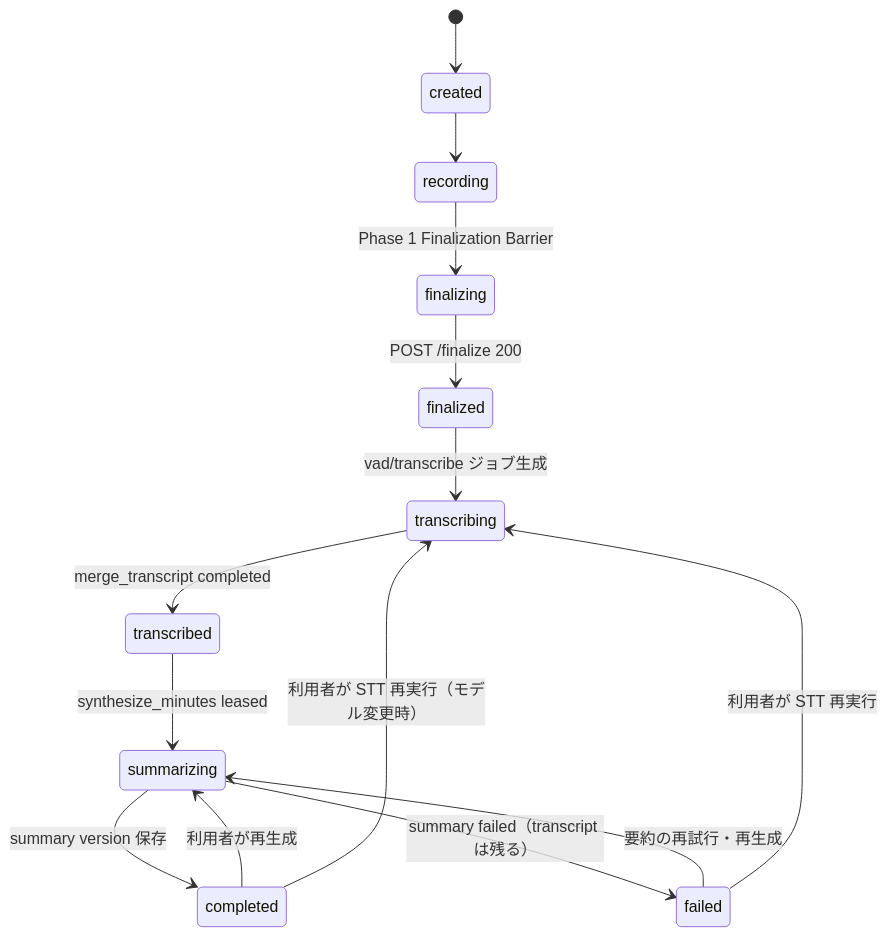
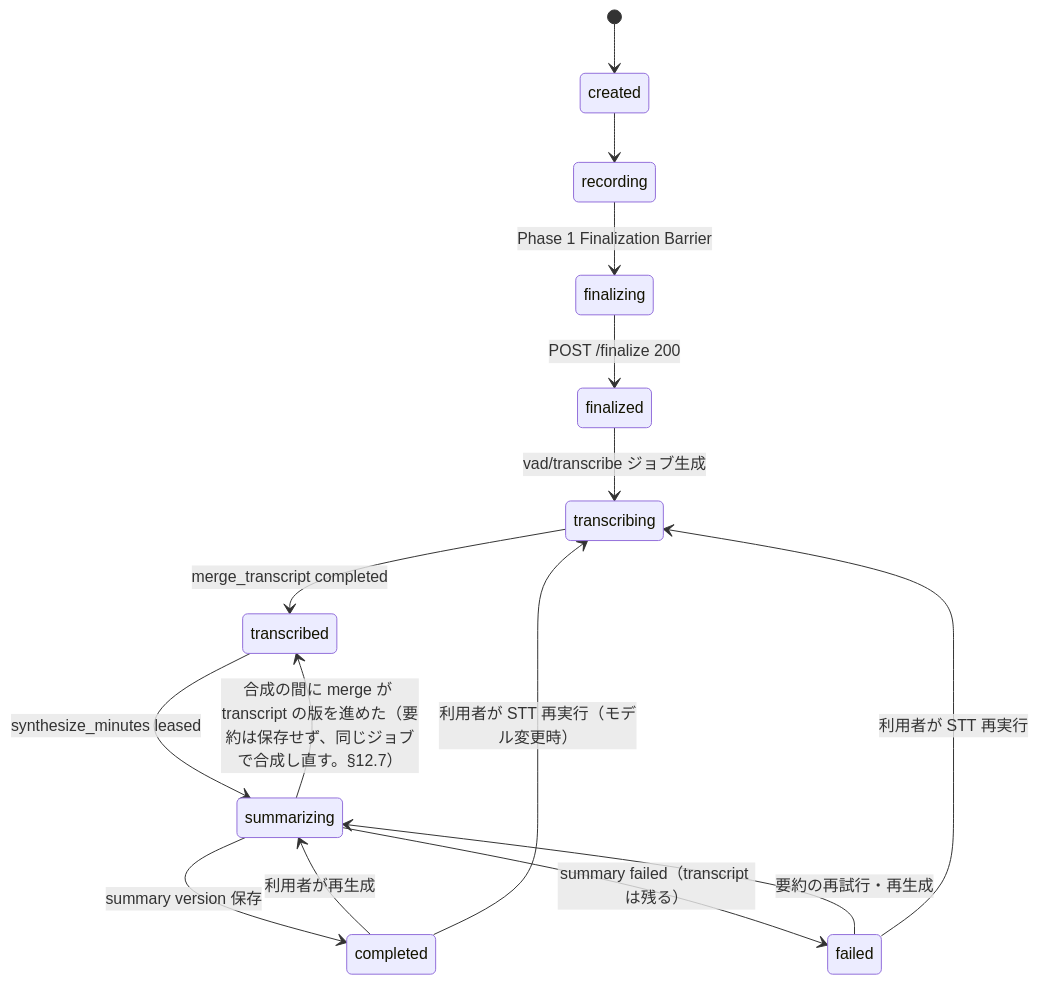
One commit to myoshi2891/Meeting-Minutes-App changed the fifth of 8 diagrams in docs/design-local-phase2.md. Above: the diagram before and after it, drawn with Mermaid. The commit also changed other lines of this file, not shown here.

Commit message:
docs(phase2): clarify summary retry on transcript advance and english deadline boundaries

````diff
--- a/docs/design-local-phase2.md
+++ b/docs/design-local-phase2.md
@@ -690,16 +691,17 @@
 ```mermaid
 stateDiagram-v2
     [*] --> created
     created --> recording
     recording --> finalizing : Phase 1 Finalization Barrier
     finalizing --> finalized : POST /finalize 200
     finalized --> transcribing : vad/transcribe ジョブ生成
     transcribing --> transcribed : merge_transcript completed
     transcribed --> summarizing : synthesize_minutes leased
     summarizing --> completed : summary version 保存
+    summarizing --> transcribed : 合成の間に merge が transcript の版を進めた（要約は保存せず、同じジョブで合成し直す。§12.7）
     summarizing --> failed : summary failed（transcript は残る）
     failed --> summarizing : 要約の再試行・再生成
     failed --> transcribing : 利用者が STT 再実行
     completed --> summarizing : 利用者が再生成
     completed --> transcribing : 利用者が STT 再実行（モデル変更時）
 ```
````
